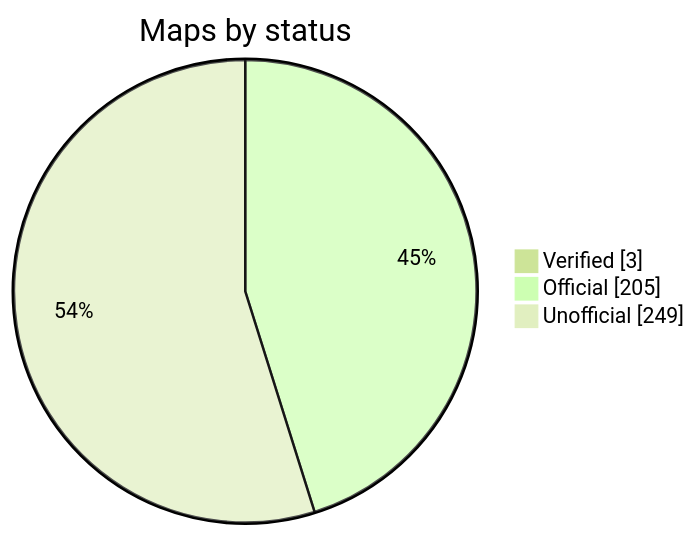
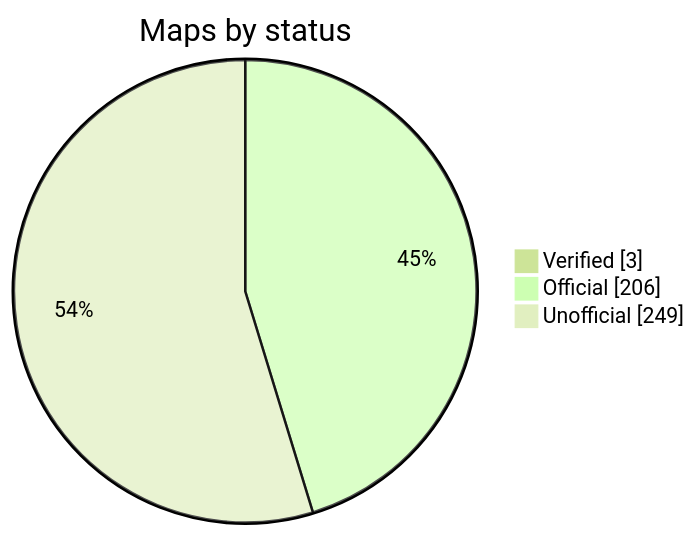
One commit to nobrega8/mbmap-library changed the diagram in README.md. Above: the diagram before and after it, drawn with Mermaid (forest theme). The commit also changed 2 other files, not shown here.

Commit message:
Add Legrand EMDX3 4 120 45

````diff
--- a/README.md
+++ b/README.md
@@ -48,7 +48,7 @@
 ```mermaid
 pie showData
     title Maps by status
     "Verified" : 3
-    "Official" : 205
+    "Official" : 206
     "Unofficial" : 249
 ```
````
